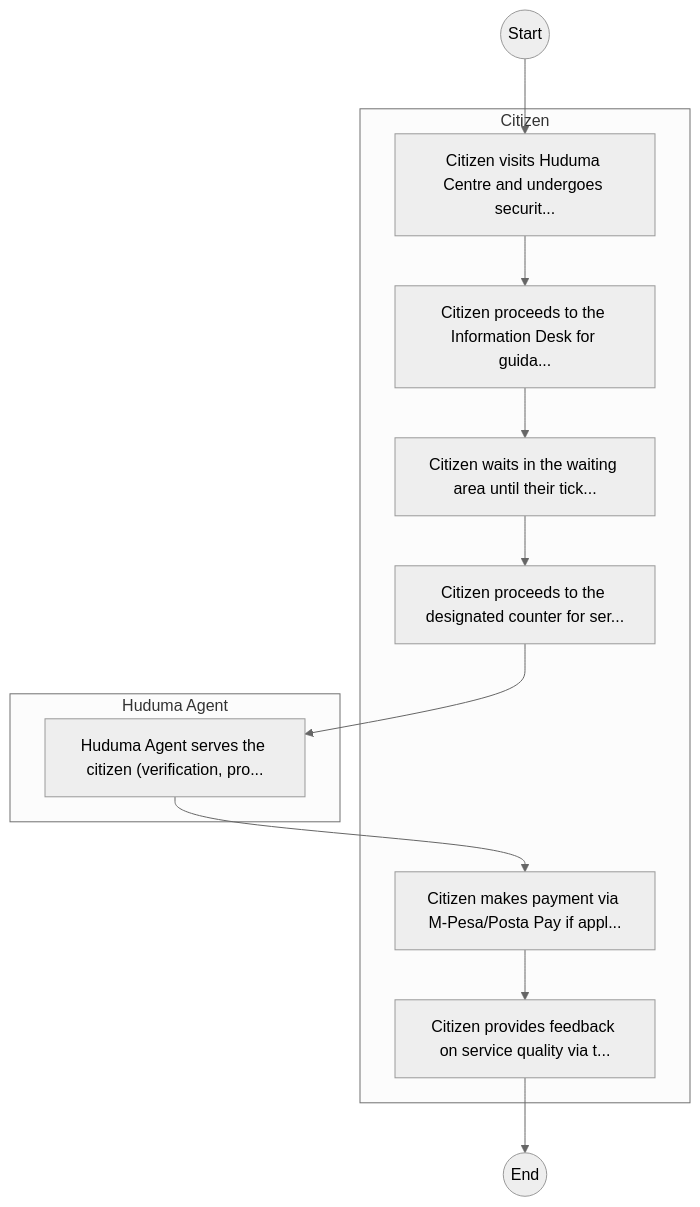
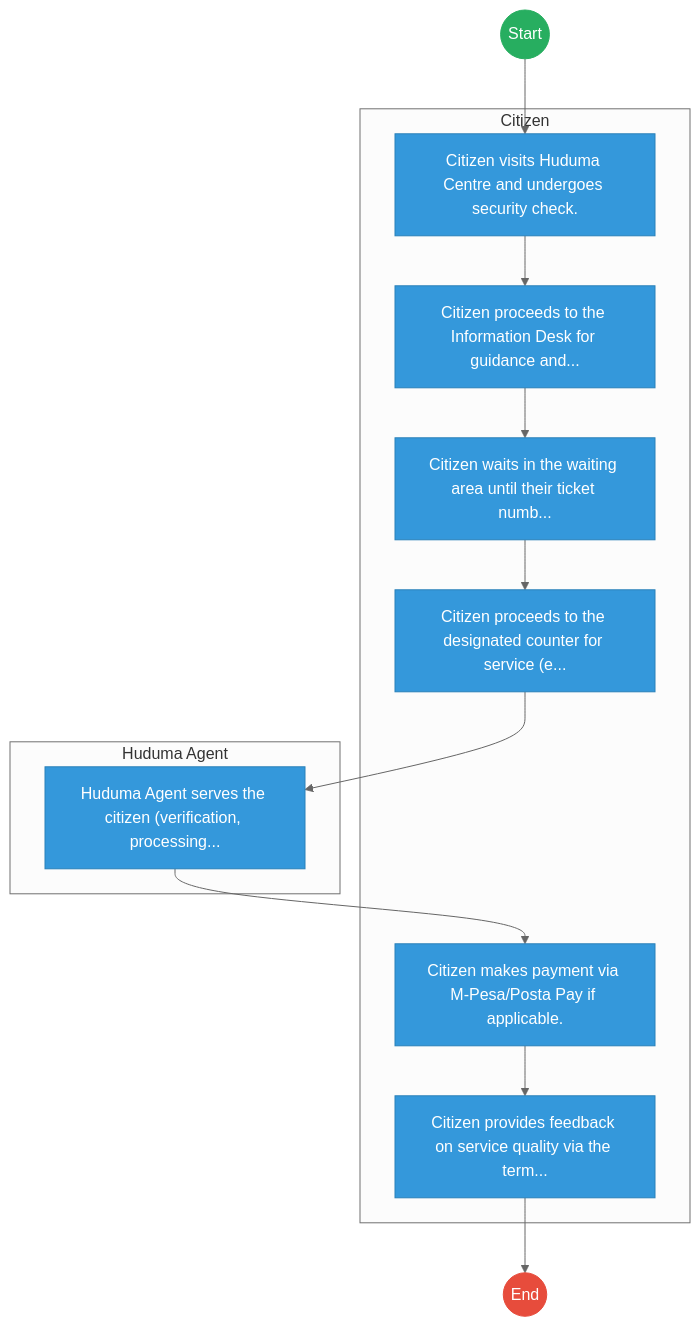
One commit to BITZ-IT-Consulting-LTD/ictapoc changed the first of 2 diagrams in mdas/docs_final/HUDUMA_SECRETARIAT___Service_Delivery.md. Above: the diagram before and after it, drawn with Mermaid (neutral theme). The commit also changed other lines of this file and 461 other files, not shown here.

````diff
--- a/mdas/docs_final/HUDUMA_SECRETARIAT___Service_Delivery.md
+++ b/mdas/docs_final/HUDUMA_SECRETARIAT___Service_Delivery.md
@@ -20,22 +20,33 @@
 ```mermaid
 graph TD
     Start((Start)) --> S1
+
     subgraph Citizen [Citizen]
-        S1["Citizen visits Huduma Centre and undergoes securit..."]
-        S2["Citizen proceeds to the Information Desk for guida..."]
-        S3["Citizen waits in the waiting area until their tick..."]
-        S4["Citizen proceeds to the designated counter for ser..."]
-        S6["Citizen makes payment via M-Pesa/Posta Pay if appl..."]
-        S7["Citizen provides feedback on service quality via t..."]
+        S1["Citizen visits Huduma Centre and undergoes security check."]
+        S2["Citizen proceeds to the Information Desk for guidance and..."]
+        S3["Citizen waits in the waiting area until their ticket numb..."]
+        S4["Citizen proceeds to the designated counter for service (e..."]
+        S6["Citizen makes payment via M-Pesa/Posta Pay if applicable."]
+        S7["Citizen provides feedback on service quality via the term..."]
     end
-    subgraph HudumaAgent [Huduma Agent]
-        S5["Huduma Agent serves the citizen (verification, pro..."]
+
+    subgraph Huduma_Agent [Huduma Agent]
+        S5["Huduma Agent serves the citizen (verification, processing..."]
     end
     S1 --> S2
     S2 --> S3
     S3 --> S4
     S4 --> S5
     S5 --> S6
     S6 --> S7
     S7 --> End((End))
+
+    classDef start fill:#27ae60,stroke:#27ae60,color:#fff;
+    classDef endNode fill:#e74c3c,stroke:#e74c3c,color:#fff;
+    classDef userTask fill:#3498db,stroke:#2980b9,color:#fff;
+    classDef serviceTask fill:#9b59b6,stroke:#8e44ad,color:#fff;
+
+    class Start start;
+    class End endNode;
+    class S1,S2,S3,S4,S5,S6,S7 userTask;
 ```
````
